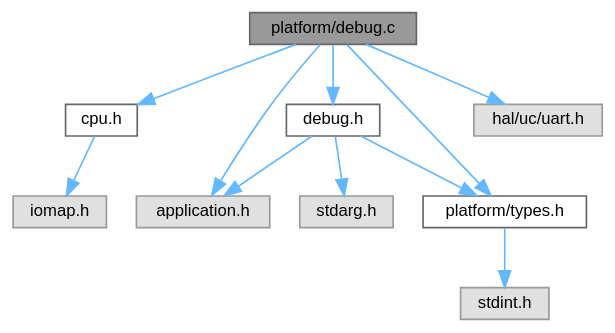
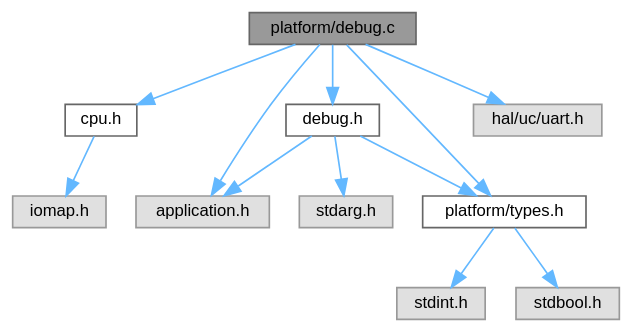
The diagram in debug_8c__incl.dot (ebs-universe/piolib-platform), drawn with Graphviz before and after one commit. The commit also changed 95 other files, not shown here.

```diff
--- a/debug_8c__incl.dot
+++ b/debug_8c__incl.dot
@@ -1,27 +1,29 @@
 digraph "platform/debug.c"
 {
  // INTERACTIVE_SVG=YES
  // LATEX_PDF_SIZE
   bgcolor="transparent";
   edge [fontname=Helvetica,fontsize=10,labelfontname=Helvetica,labelfontsize=10];
   node [fontname=Helvetica,fontsize=10,shape=box,height=0.2,width=0.4];
   Node1 [id="Node000001",label="platform/debug.c",height=0.2,width=0.4,color="gray40", fillcolor="grey60", style="filled", fontcolor="black",tooltip=" "];
   Node1 -> Node2 [id="edge1_Node000001_Node000002",color="steelblue1",style="solid",tooltip=" "];
   Node2 [id="Node000002",label="cpu.h",height=0.2,width=0.4,color="grey40", fillcolor="white", style="filled",URL="$cpu_8h.html",tooltip="Definitions for EBS CPU controls."];
   Node2 -> Node3 [id="edge2_Node000002_Node000003",color="steelblue1",style="solid",tooltip=" "];
   Node3 [id="Node000003",label="iomap.h",height=0.2,width=0.4,color="grey60", fillcolor="#E0E0E0", style="filled",tooltip=" "];
   Node1 -> Node4 [id="edge3_Node000001_Node000004",color="steelblue1",style="solid",tooltip=" "];
   Node4 [id="Node000004",label="debug.h",height=0.2,width=0.4,color="grey40", fillcolor="white", style="filled",URL="$debug_8h.html",tooltip=" "];
   Node4 -> Node5 [id="edge4_Node000004_Node000005",color="steelblue1",style="solid",tooltip=" "];
   Node5 [id="Node000005",label="application.h",height=0.2,width=0.4,color="grey60", fillcolor="#E0E0E0", style="filled",tooltip=" "];
   Node4 -> Node6 [id="edge5_Node000004_Node000006",color="steelblue1",style="solid",tooltip=" "];
   Node6 [id="Node000006",label="stdarg.h",height=0.2,width=0.4,color="grey60", fillcolor="#E0E0E0", style="filled",tooltip=" "];
   Node4 -> Node7 [id="edge6_Node000004_Node000007",color="steelblue1",style="solid",tooltip=" "];
   Node7 [id="Node000007",label="platform/types.h",height=0.2,width=0.4,color="grey40", fillcolor="white", style="filled",URL="$types_8h.html",tooltip=" "];
   Node7 -> Node8 [id="edge7_Node000007_Node000008",color="steelblue1",style="solid",tooltip=" "];
   Node8 [id="Node000008",label="stdint.h",height=0.2,width=0.4,color="grey60", fillcolor="#E0E0E0", style="filled",tooltip=" "];
-  Node1 -> Node7 [id="edge8_Node000001_Node000007",color="steelblue1",style="solid",tooltip=" "];
-  Node1 -> Node5 [id="edge9_Node000001_Node000005",color="steelblue1",style="solid",tooltip=" "];
-  Node1 -> Node9 [id="edge10_Node000001_Node000009",color="steelblue1",style="solid",tooltip=" "];
-  Node9 [id="Node000009",label="hal/uc/uart.h",height=0.2,width=0.4,color="grey60", fillcolor="#E0E0E0", style="filled",tooltip=" "];
+  Node7 -> Node9 [id="edge8_Node000007_Node000009",color="steelblue1",style="solid",tooltip=" "];
+  Node9 [id="Node000009",label="stdbool.h",height=0.2,width=0.4,color="grey60", fillcolor="#E0E0E0", style="filled",tooltip=" "];
+  Node1 -> Node7 [id="edge9_Node000001_Node000007",color="steelblue1",style="solid",tooltip=" "];
+  Node1 -> Node5 [id="edge10_Node000001_Node000005",color="steelblue1",style="solid",tooltip=" "];
+  Node1 -> Node10 [id="edge11_Node000001_Node000010",color="steelblue1",style="solid",tooltip=" "];
+  Node10 [id="Node000010",label="hal/uc/uart.h",height=0.2,width=0.4,color="grey60", fillcolor="#E0E0E0", style="filled",tooltip=" "];
 }
```
